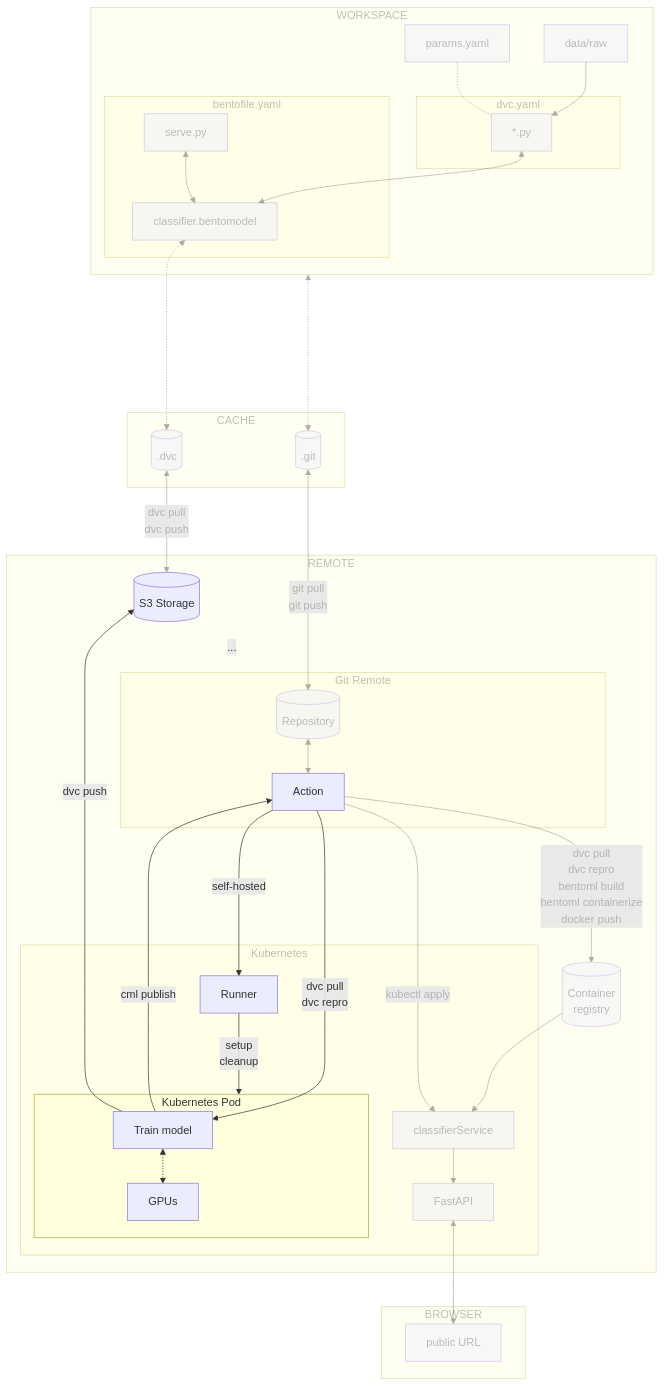
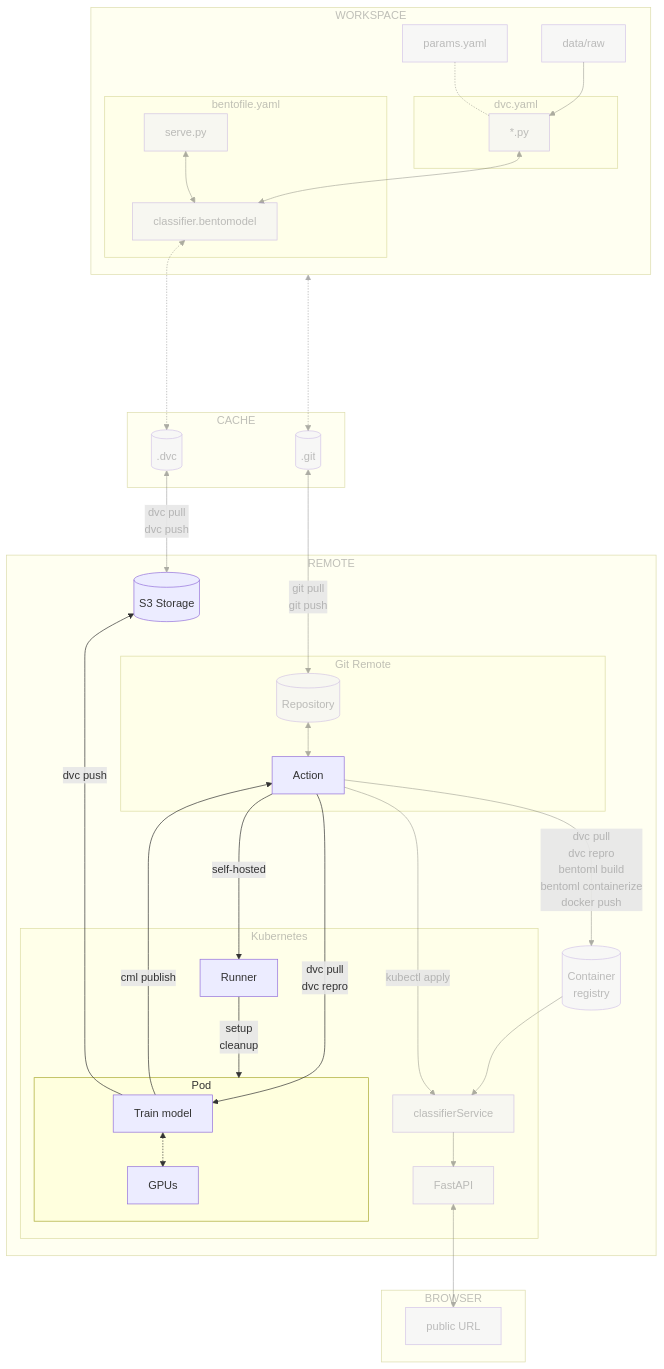
Before and after one commit to swiss-ai-center/a-guide-to-mlops: the diagram in docs/part-3-serve-and-deploy/chapter-38-train-the-model-on-a-kubernetes-pod.md, drawn with Mermaid. The commit also changed 6 other files, not shown here.

```diff
--- a/docs/part-3-serve-and-deploy/chapter-38-train-the-model-on-a-kubernetes-pod.md
+++ b/docs/part-3-serve-and-deploy/chapter-38-train-the-model-on-a-kubernetes-pod.md
@@ -58,9 +58,9 @@
                     bentoml build
                     bentoml containerize
                     docker push|registry
-        s3_storage -.- |...|repository
+        s3_storage ~~~ repository
         subgraph clusterGraph[Kubernetes]
-            subgraph clusterPodGraph[Kubernetes Pod]
+            subgraph clusterPodGraph[Pod]
                 pod_train[Train model] <-.-> k8s_gpu[GPUs]
             end
             pod_runner[Runner] --> |setup
@@ -112,7 +112,6 @@
     linkStyle 7 opacity:0.4,color:#7f7f7f80
     linkStyle 8 opacity:0.4,color:#7f7f7f80
     linkStyle 9 opacity:0.4,color:#7f7f7f80
-    linkStyle 10 opacity:0.0
     linkStyle 14 opacity:0.4,color:#7f7f7f80
     linkStyle 18 opacity:0.4,color:#7f7f7f80
     linkStyle 19 opacity:0.4,color:#7f7f7f80
```
